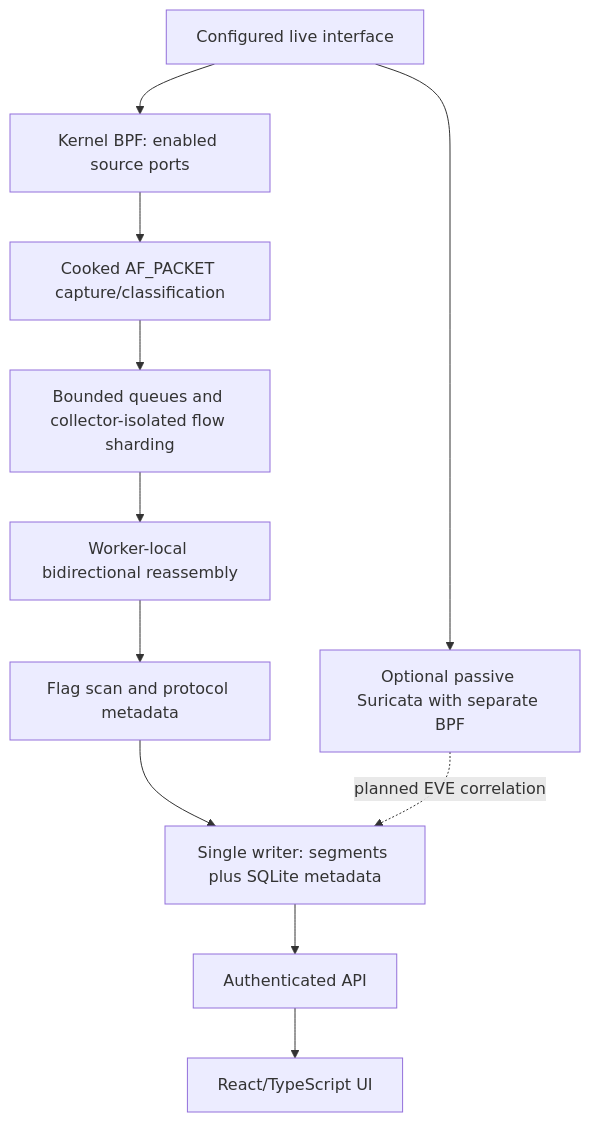
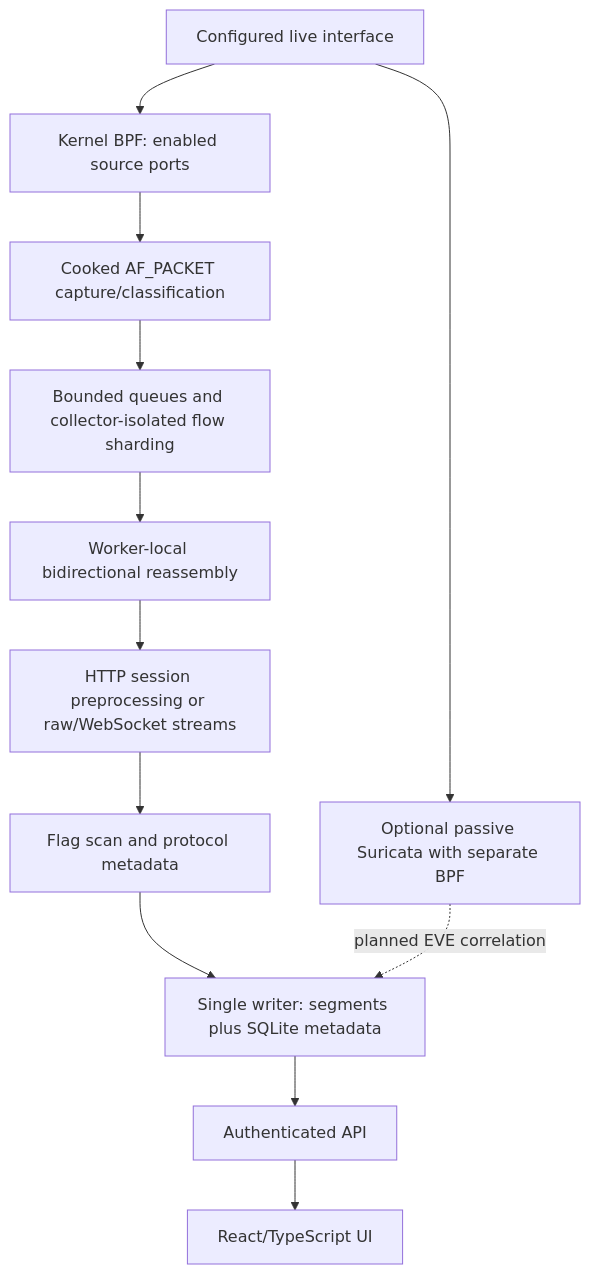
The diagram in docs/architecture.md (Thunboo/newhatch), drawn with Mermaid before and after one commit. The commit also changed other lines of this file and 21 other files, not shown here.

````diff
--- a/docs/architecture.md
+++ b/docs/architecture.md
@@ -7,13 +7,14 @@
 ```mermaid
 flowchart TD
     NIC[Configured live interface] --> BPF[Kernel BPF: enabled source ports]
     BPF --> CAP[Cooked AF_PACKET capture/classification]
     CAP --> Q[Bounded queues and collector-isolated flow sharding]
     Q --> REASM[Worker-local bidirectional reassembly]
-    REASM --> ANALYSIS[Flag scan and protocol metadata]
+    REASM --> PRE[HTTP session preprocessing or raw/WebSocket streams]
+    PRE --> ANALYSIS[Flag scan and protocol metadata]
     ANALYSIS --> STORE[Single writer: segments plus SQLite metadata]
     STORE --> API[Authenticated API]
     API --> UI[React/TypeScript UI]
     NIC --> SURI[Optional passive Suricata with separate BPF]
     SURI -. planned EVE correlation .-> STORE
 ```
````
